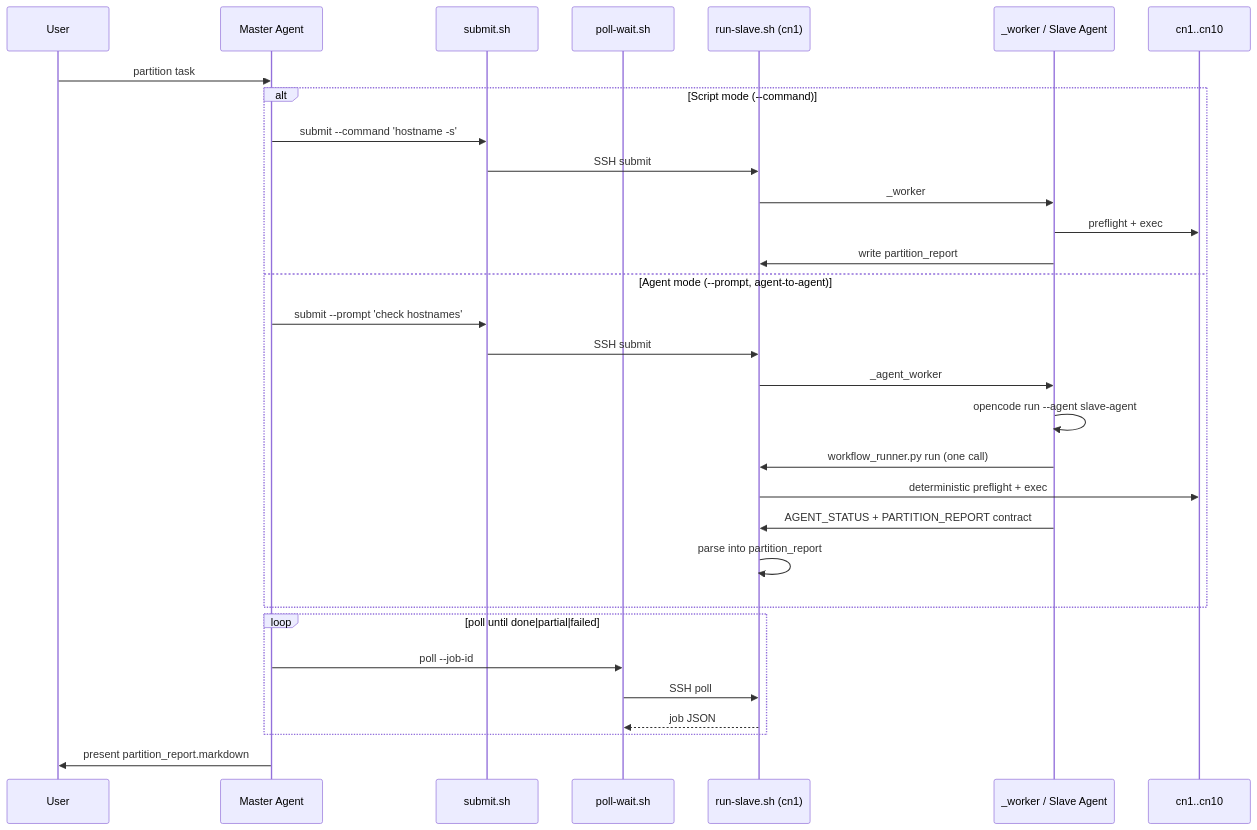
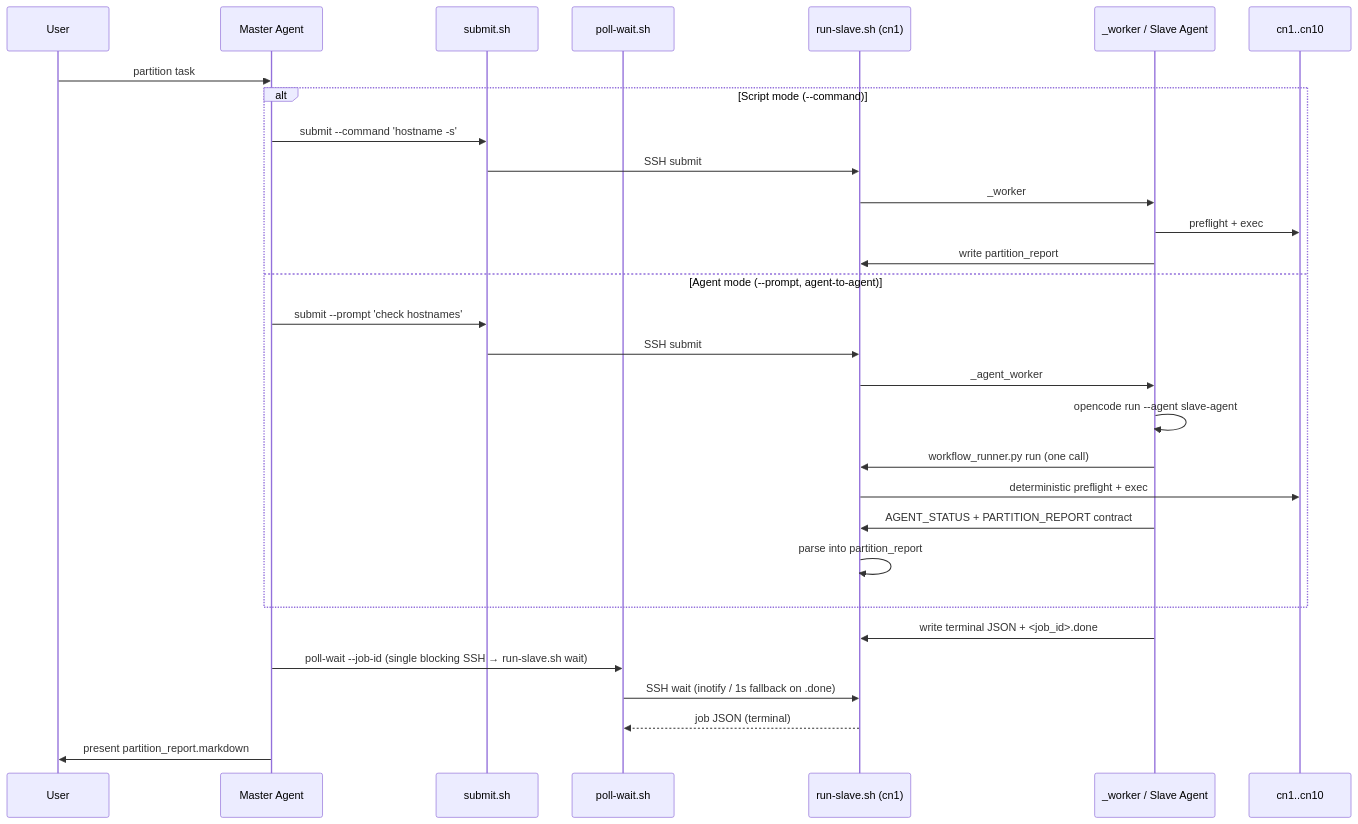
One commit to voidspiral/ClusterHelm changed the fourth of 4 diagrams in docs/architecture.md. Above: the diagram before and after it, drawn with Mermaid. The commit also changed other lines of this file and 22 other files, not shown here.

Commit message:
Unblock poll-wait on a job-end sidecar and deploy slave using master.conf remote_project.

````diff
--- a/docs/architecture.md
+++ b/docs/architecture.md
@@ -150,34 +152,33 @@
 ```mermaid
 sequenceDiagram
   participant User as User
   participant MA as Master Agent
   participant SS as submit.sh
   participant PS as poll-wait.sh
   participant RS as run-slave.sh (cn1)
   participant Exec as _worker / Slave Agent
   participant Node as cn1..cn10
 
   User->>MA: partition task
   alt Script mode (--command)
     MA->>SS: submit --command 'hostname -s'
     SS->>RS: SSH submit
     RS->>Exec: _worker
     Exec->>Node: preflight + exec
     Exec->>RS: write partition_report
   else Agent mode (--prompt, agent-to-agent)
     MA->>SS: submit --prompt 'check hostnames'
     SS->>RS: SSH submit
     RS->>Exec: _agent_worker
     Exec->>Exec: opencode run --agent slave-agent
     Exec->>RS: workflow_runner.py run (one call)
     RS->>Node: deterministic preflight + exec
     Exec->>RS: AGENT_STATUS + PARTITION_REPORT contract
     RS->>RS: parse into partition_report
   end
-  loop poll until done|partial|failed
-    MA->>PS: poll --job-id
-    PS->>RS: SSH poll
-    RS-->>PS: job JSON
-  end
+  Exec->>RS: write terminal JSON + <job_id>.done
+  MA->>PS: poll-wait --job-id (single blocking SSH → run-slave.sh wait)
+  PS->>RS: SSH wait (inotify / 1s fallback on .done)
+  RS-->>PS: job JSON (terminal)
   MA->>User: present partition_report.markdown
 ```
````
